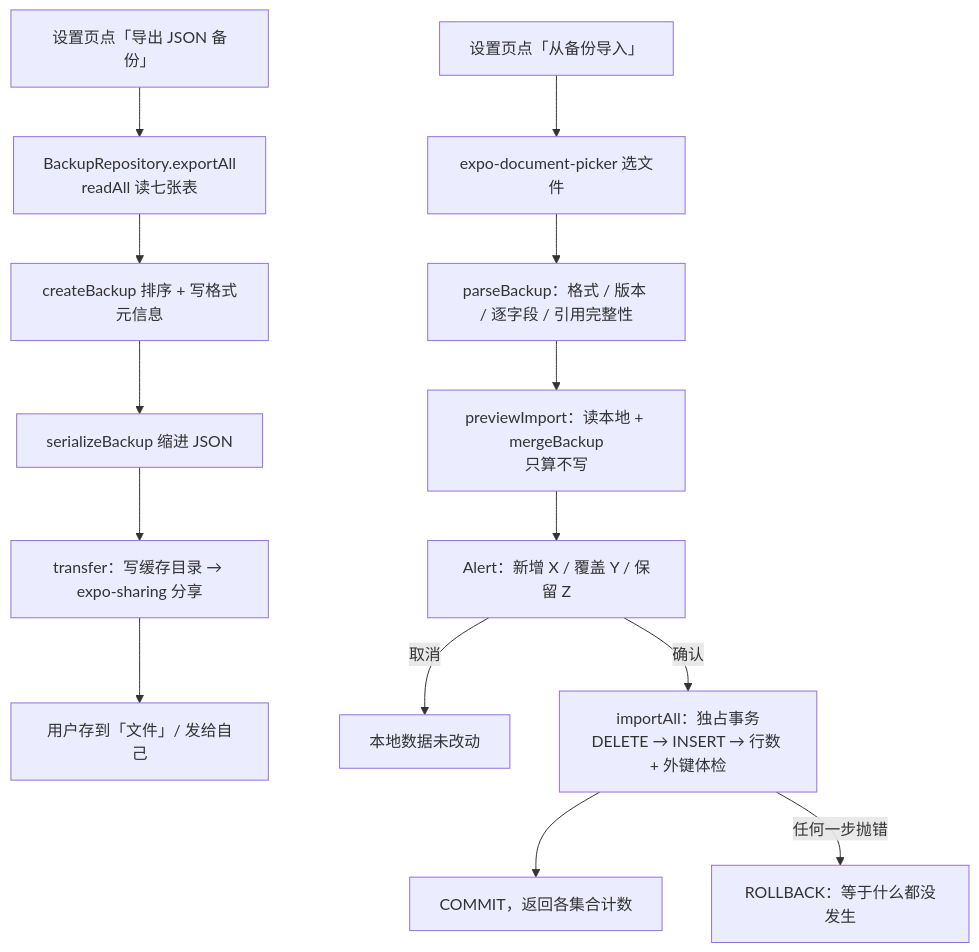
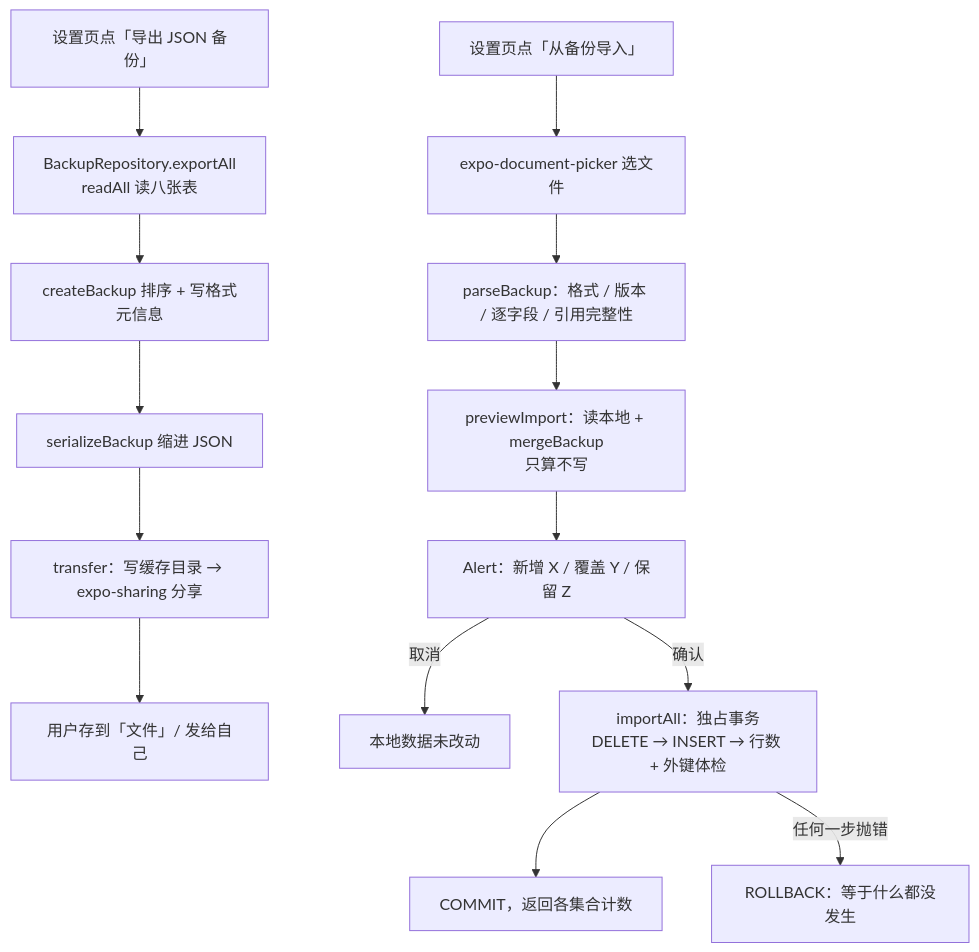
Before and after one commit to QinSa-Dev/LifeTrack: the diagram in docs/learning/14-backup-and-restore.md, drawn with Mermaid. The commit also changed other lines of this file and 57 other files, not shown here.

````diff
--- a/docs/learning/14-backup-and-restore.md
+++ b/docs/learning/14-backup-and-restore.md
@@ -447,17 +449,17 @@
 ```mermaid
 flowchart TD
-  A[设置页点「导出 JSON 备份」] --> B[BackupRepository.exportAll<br/>readAll 读七张表]
+  A[设置页点「导出 JSON 备份」] --> B[BackupRepository.exportAll<br/>readAll 读八张表]
   B --> C[createBackup 排序 + 写格式元信息]
   C --> D[serializeBackup 缩进 JSON]
   D --> E[transfer：写缓存目录 → expo-sharing 分享]
   E --> F[用户存到「文件」/ 发给自己]
 
   G[设置页点「从备份导入」] --> H[expo-document-picker 选文件]
   H --> I[parseBackup：格式 / 版本 / 逐字段 / 引用完整性]
   I --> J[previewImport：读本地 + mergeBackup<br/>只算不写]
   J --> K[Alert：新增 X / 覆盖 Y / 保留 Z]
   K -->|取消| L[本地数据未改动]
   K -->|确认| M[importAll：独占事务<br/>DELETE → INSERT → 行数 + 外键体检]
   M --> N[COMMIT，返回各集合计数]
   M -->|任何一步抛错| O[ROLLBACK：等于什么都没发生]
 ```
````
